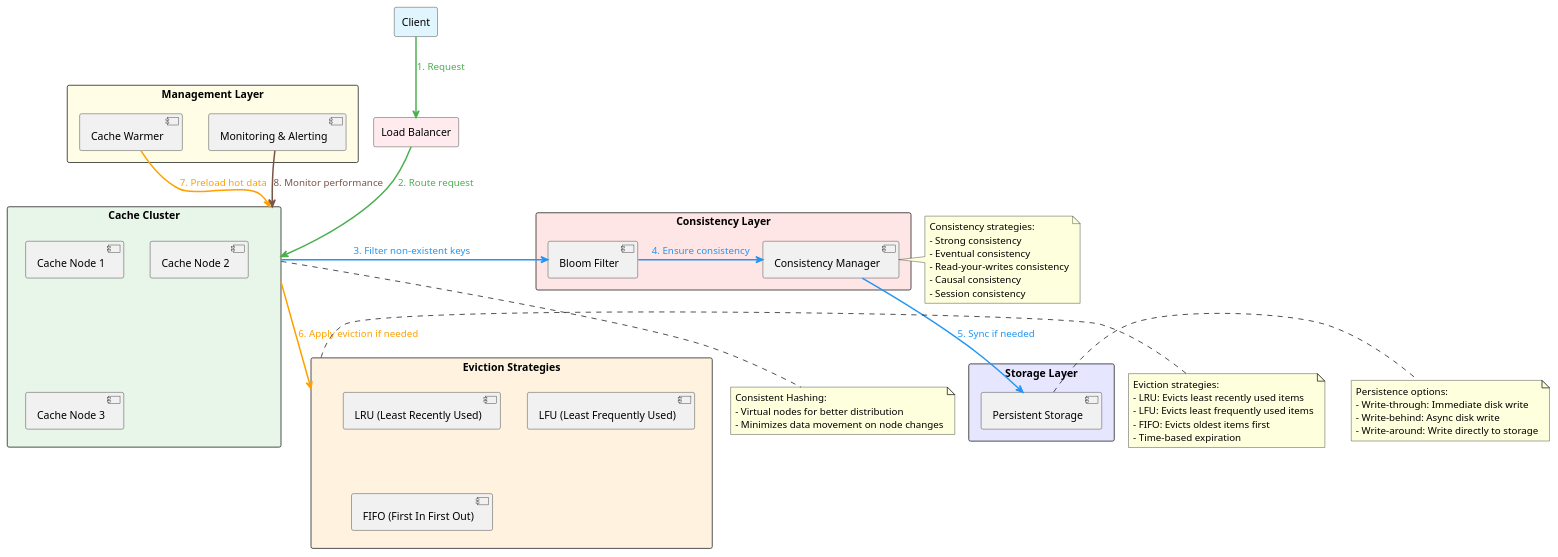
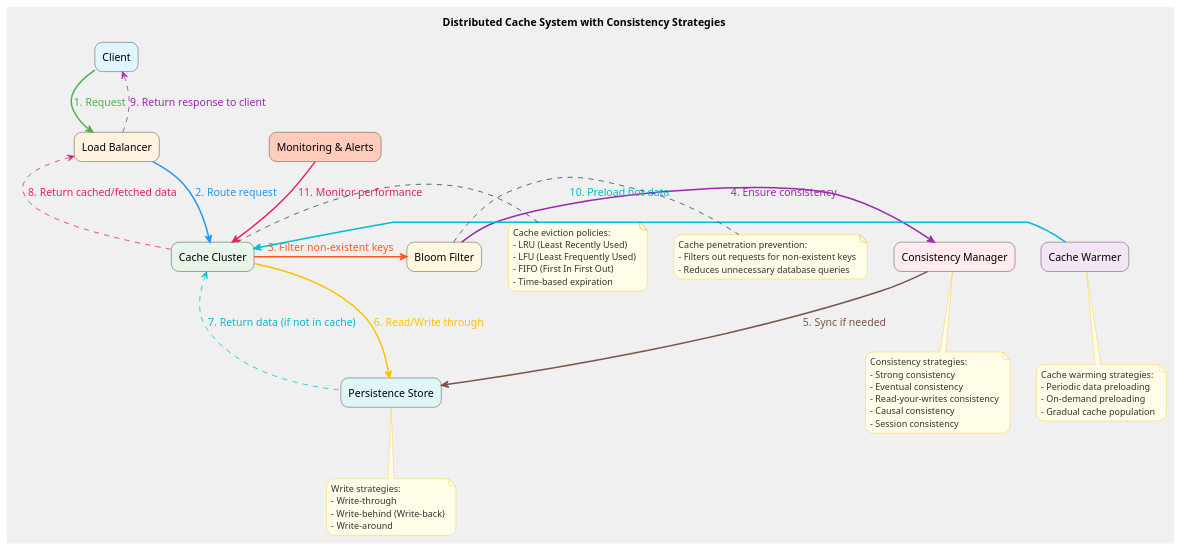
One commit to huangyingw/system_design changed the diagram in distributed_cache_system_with_consistency_strategies.puml. Above: the diagram before and after it, drawn with PlantUML.

```diff
--- a/distributed_cache_system_with_consistency_strategies.puml
+++ b/distributed_cache_system_with_consistency_strategies.puml
@@ -1,74 +1,86 @@
-@startuml Distributed Cache System with Enhanced Consistency and Eviction Strategies
+@startuml Distributed Cache System with Consistency Strategies
 
-allowmixing
 
-rectangle "Client" as Client #E1F5FE
 
-rectangle "Load Balancer" as LB #FFEBEE
-
-rectangle "Cache Cluster" as CC #E8F5E9 {
-    component "Cache Node 1" as CN1
-    component "Cache Node 2" as CN2
-    component "Cache Node 3" as CN3
+skinparam {
+    backgroundColor #F0F0F0
+    handwritten false
+    defaultFontName Arial
+    defaultFontSize 14
+    roundcorner 20
+    shadowing false
+    ArrowColor #2C3E50
+    RectangleBackgroundColor #FFFFFF
+    NoteFontName Arial
+    NoteFontSize 12
+    NoteFontColor #333333
+    NoteBackgroundColor #FFFDE7
+    NoteBorderColor #FFC107
 }
 
-rectangle "Consistency Layer" as ConsistencyLayer #FFE6E6 {
-    component "Consistency Manager" as CM
-    component "Bloom Filter" as BF
-}
+title Distributed Cache System with Consistency Strategies
 
-rectangle "Eviction Strategies" as EvictionStrategies #FFF3E0 {
-    component "LRU (Least Recently Used)" as LRU
-    component "LFU (Least Frequently Used)" as LFU
-    component "FIFO (First In First Out)" as FIFO
-}
+RECTANGLE "Client" as Client #E1F5FE
+RECTANGLE "Load Balancer" as LB #FFF3E0
+RECTANGLE "Cache Cluster" as CC #E8F5E9
+RECTANGLE "Consistency Manager" as CM #FFEBEE
+RECTANGLE "Persistence Store" as PS #E0F7FA
+RECTANGLE "Cache Warmer" as CW #F3E5F5
+RECTANGLE "Bloom Filter" as BF #FFF8E1
+RECTANGLE "Monitoring & Alerts" as MA #FFCCBC
 
-rectangle "Storage Layer" as StorageLayer #E6E6FF {
-    component "Persistent Storage" as PS
-}
+' Request flow
+Client -[#4CAF50,thickness=2]down-> LB : <color:#4CAF50>1. Request</color>
+LB -[#2196F3,thickness=2]down-> CC : <color:#2196F3>2. Route request</color>
+CC -[#FF5722,thickness=2]right-> BF : <color:#FF5722>3. Filter non-existent keys</color>
+BF -[#9C27B0,thickness=2]right-> CM : <color:#9C27B0>4. Ensure consistency</color>
+CM -[#795548,thickness=2]down-> PS : <color:#795548>5. Sync if needed</color>
+CC -[#FFC107,thickness=2]down-> PS : <color:#FFC107>6. Read/Write through</color>
 
-rectangle "Management Layer" as ManagementLayer #FFFDE6 {
-    component "Cache Warmer" as CW
-    component "Monitoring & Alerting" as MA
-}
+' Response flow
+PS -[#00BCD4,thickness=2,dashed]up-> CC : <color:#00BCD4>7. Return data (if not in cache)</color>
+CC -[#E91E63,thickness=2,dashed]up-> LB : <color:#E91E63>8. Return cached/fetched data</color>
+LB -[#9C27B0,thickness=2,dashed]up-> Client : <color:#9C27B0>9. Return response to client</color>
 
-Client -[#4CAF50,thickness=2]down-> LB : <color:#4CAF50>1. Request</color>
-LB -[#4CAF50,thickness=2]down-> CC : <color:#4CAF50>2. Route request</color>
-CC -[#2196F3,thickness=2]right-> BF : <color:#2196F3>3. Filter non-existent keys</color>
-BF -[#2196F3,thickness=2]right-> CM : <color:#2196F3>4. Ensure consistency</color>
-CM -[#2196F3,thickness=2]down-> PS : <color:#2196F3>5. Sync if needed</color>
-CC -[#FFA000,thickness=2]down-> EvictionStrategies : <color:#FFA000>6. Apply eviction if needed</color>
-CW -[#FFA000,thickness=2]left-> CC : <color:#FFA000>7. Preload hot data</color>
-MA -[#795548,thickness=2]-> CC : <color:#795548>8. Monitor performance</color>
+' Other operations
+CW -[#00BCD4,thickness=2]left-> CC : <color:#00BCD4>10. Preload hot data</color>
+MA -[#E91E63,thickness=2]-> CC : <color:#E91E63>11. Monitor performance</color>
 
-note right of CM
+note bottom of CM
   Consistency strategies:
   - Strong consistency
   - Eventual consistency
   - Read-your-writes consistency
   - Causal consistency
   - Session consistency
 end note
 
-note right of EvictionStrategies
-  Eviction strategies:
-  - LRU: Evicts least recently used items
-  - LFU: Evicts least frequently used items
-  - FIFO: Evicts oldest items first
+note right of CC
+  Cache eviction policies:
+  - LRU (Least Recently Used)
+  - LFU (Least Frequently Used)
+  - FIFO (First In First Out)
   - Time-based expiration
 end note
 
-note bottom of CC
-  Consistent Hashing:
-  - Virtual nodes for better distribution
-  - Minimizes data movement on node changes
+note bottom of CW
+  Cache warming strategies:
+  - Periodic data preloading
+  - On-demand preloading
+  - Gradual cache population
 end note
 
-note right of PS
-  Persistence options:
-  - Write-through: Immediate disk write
-  - Write-behind: Async disk write
-  - Write-around: Write directly to storage
+note right of BF
+  Cache penetration prevention:
+  - Filters out requests for non-existent keys
+  - Reduces unnecessary database queries
+end note
+
+note bottom of PS
+  Write strategies:
+  - Write-through
+  - Write-behind (Write-back)
+  - Write-around
 end note
 
 @enduml
```
